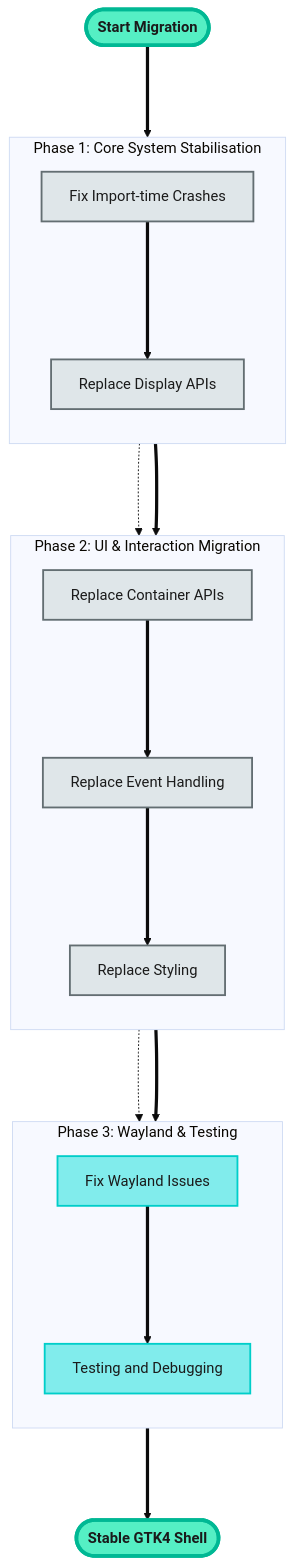
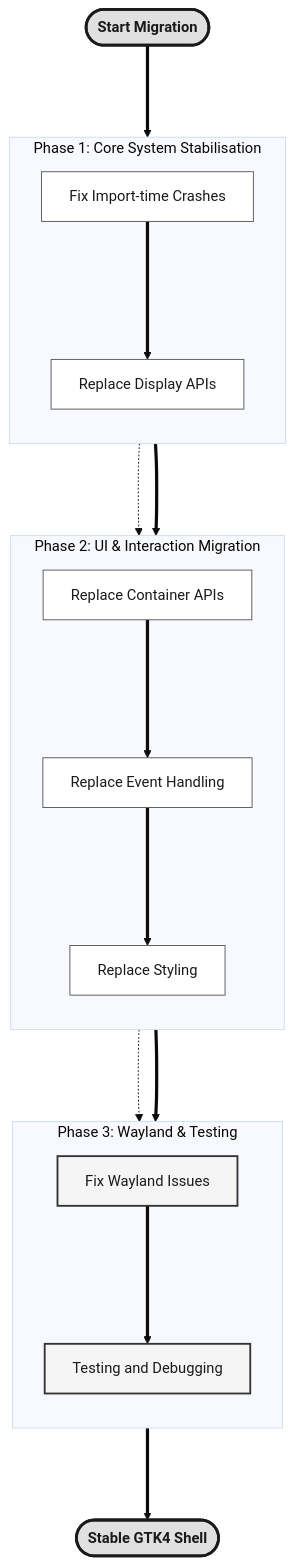
Before and after one commit to Dev10-sys/sugar-proposal-gtk: the seventh of 9 diagrams in proposal.md, drawn with Mermaid (base theme). The commit also changed other lines of this file, not shown here.

Commit message:
Revise proposal: clean diagrams, linkable TOC, content fixes

````diff
--- a/proposal.md
+++ b/proposal.md
@@ -504,47 +547,47 @@
 ```mermaid
 flowchart TD
     %% Workflow Definition
     Start(["Start Migration"])
 
     subgraph CoreStabilisation ["Phase 1: Core System Stabilisation"]
         direction TB
         A["Fix Import-time Crashes"]
         B["Replace Display APIs"]
     end
 
     subgraph APIMigration ["Phase 2: UI & Interaction Migration"]
         direction TB
         C["Replace Container APIs"]
         D["Replace Event Handling"]
         E["Replace Styling"]
     end
 
     subgraph WaylandCompat ["Phase 3: Wayland & Testing"]
         direction TB
         F["Fix Wayland Issues"]
         G["Testing and Debugging"]
     end
 
     H(["Stable GTK4 Shell"])
 
     %% Flow
     Start ===> CoreStabilisation
     A ===> B
     CoreStabilisation ===> APIMigration
     B -.-> C
     C ===> D
     D ===> E
     APIMigration ===> WaylandCompat
     E -.-> F
     F ===> G
     WaylandCompat ===> H
 
     %% Styling
-    classDef startEnd fill:#55efc4,stroke:#00b894,stroke-width:4px,color:#1a1a1a,font-weight:bold;
-    classDef process fill:#dfe6e9,stroke:#636e72,stroke-width:2px,color:#1a1a1a;
-    classDef processTarget fill:#81ecec,stroke:#00cec9,stroke-width:2px,color:#1a1a1a;
+    classDef startEnd fill:#e0e0e0,stroke:#1a1a1a,stroke-width:3px,color:#1a1a1a,font-weight:bold;
+    classDef process fill:#fff,stroke:#555,stroke-width:1px,color:#1a1a1a;
+    classDef processTarget fill:#f5f5f5,stroke:#333,stroke-width:2px,color:#1a1a1a;
 
     class Start,H startEnd;
     class A,B,C,D,E process;
     class F,G processTarget;
 ```
````
